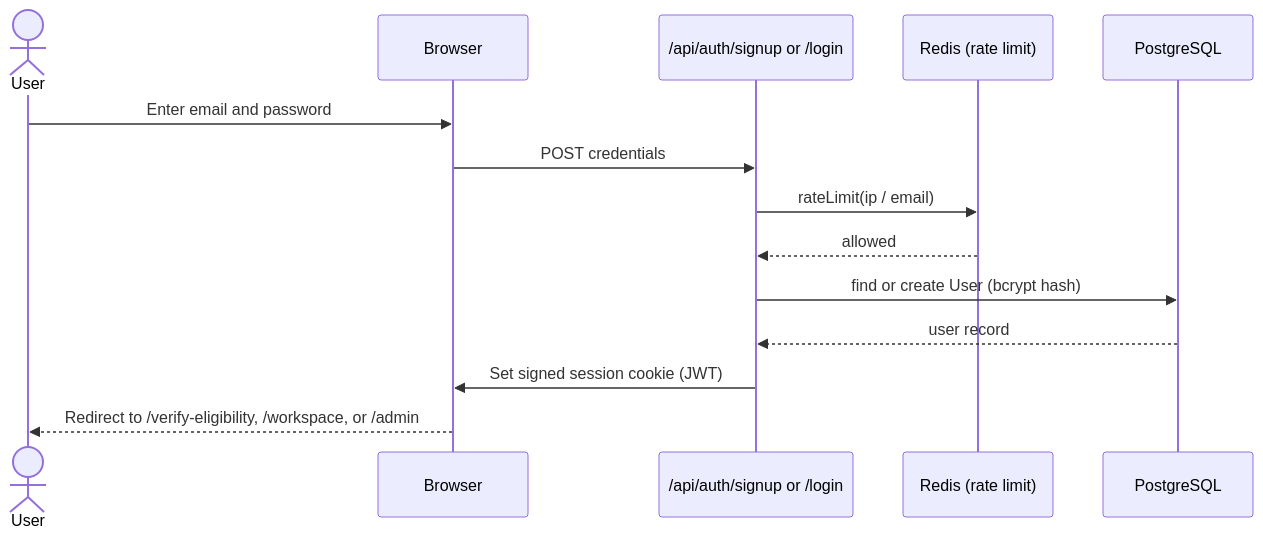
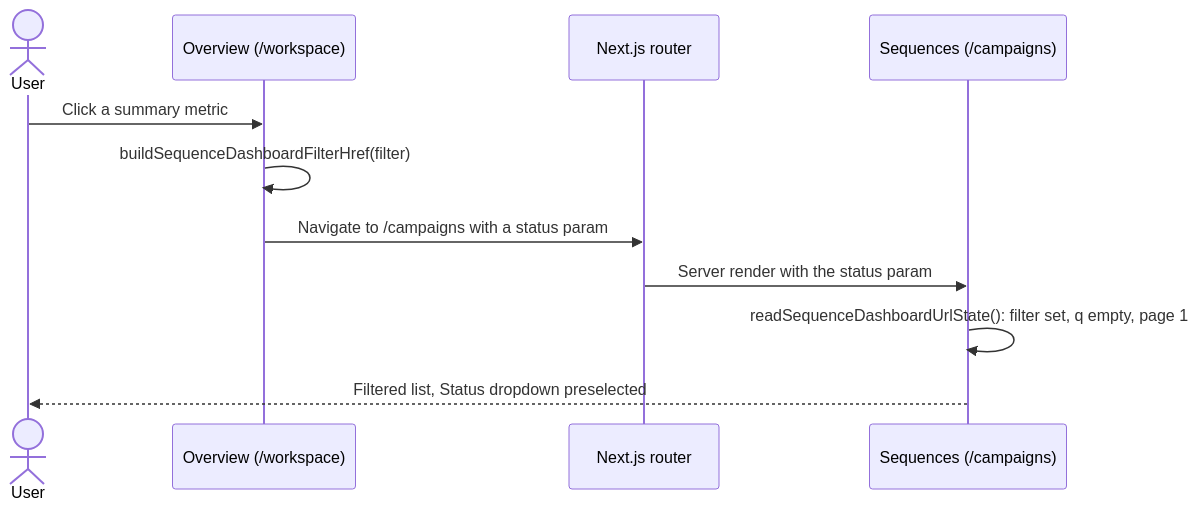
One commit to ka8540/Sendloom changed the third of 3 diagrams in README.md. Above: the diagram before and after it, drawn with Mermaid. The commit also changed other lines of this file and 1 other file, not shown here.

````diff
--- a/README.md
+++ b/README.md
@@ -386,16 +142,13 @@
 ```mermaid
 sequenceDiagram
     actor User
-    participant UI as Browser
-    participant API as /api/auth/signup or /login
-    participant RL as Redis (rate limit)
-    participant DB as PostgreSQL
-    User->>UI: Enter email and password
-    UI->>API: POST credentials
-    API->>RL: rateLimit(ip / email)
-    RL-->>API: allowed
-    API->>DB: find or create User (bcrypt hash)
-    DB-->>API: user record
-    API->>UI: Set signed session cookie (JWT)
-    UI-->>User: Redirect to /verify-eligibility, /workspace, or /admin
+    participant OV as Overview (/workspace)
+    participant R as Next.js router
+    participant SEQ as Sequences (/campaigns)
+    User->>OV: Click a summary metric
+    OV->>OV: buildSequenceDashboardFilterHref(filter)
+    OV->>R: Navigate to /campaigns with a status param
+    R->>SEQ: Server render with the status param
+    SEQ->>SEQ: readSequenceDashboardUrlState(): filter set, q empty, page 1
+    SEQ-->>User: Filtered list, Status dropdown preselected
 ```
````
